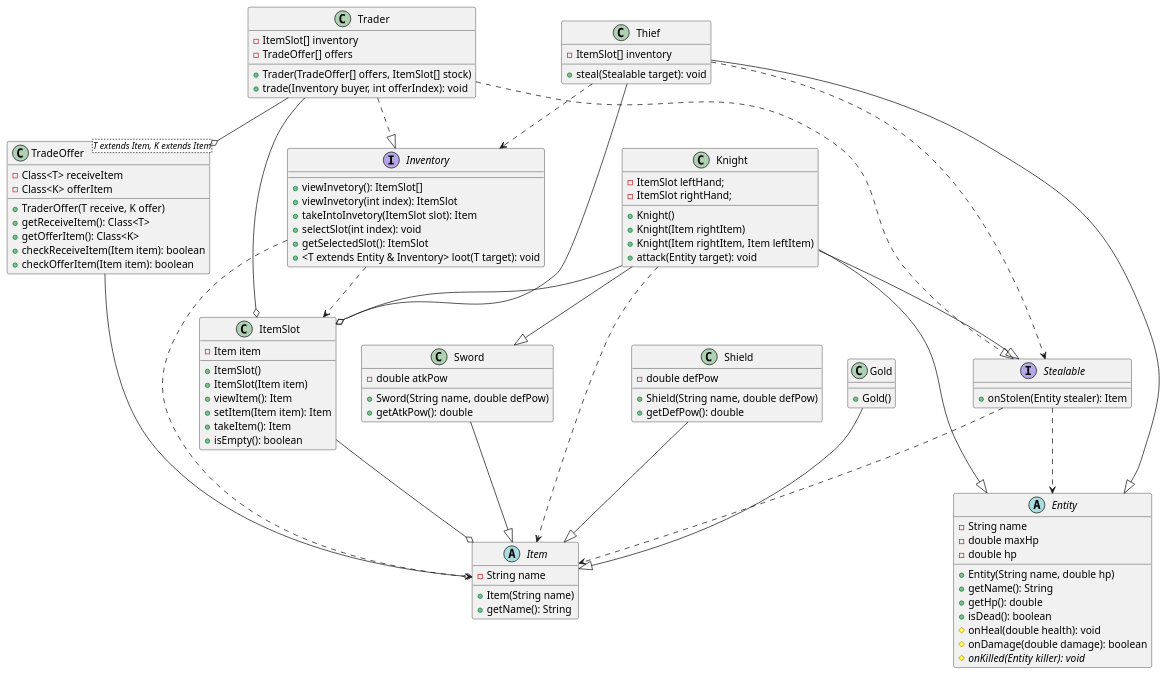
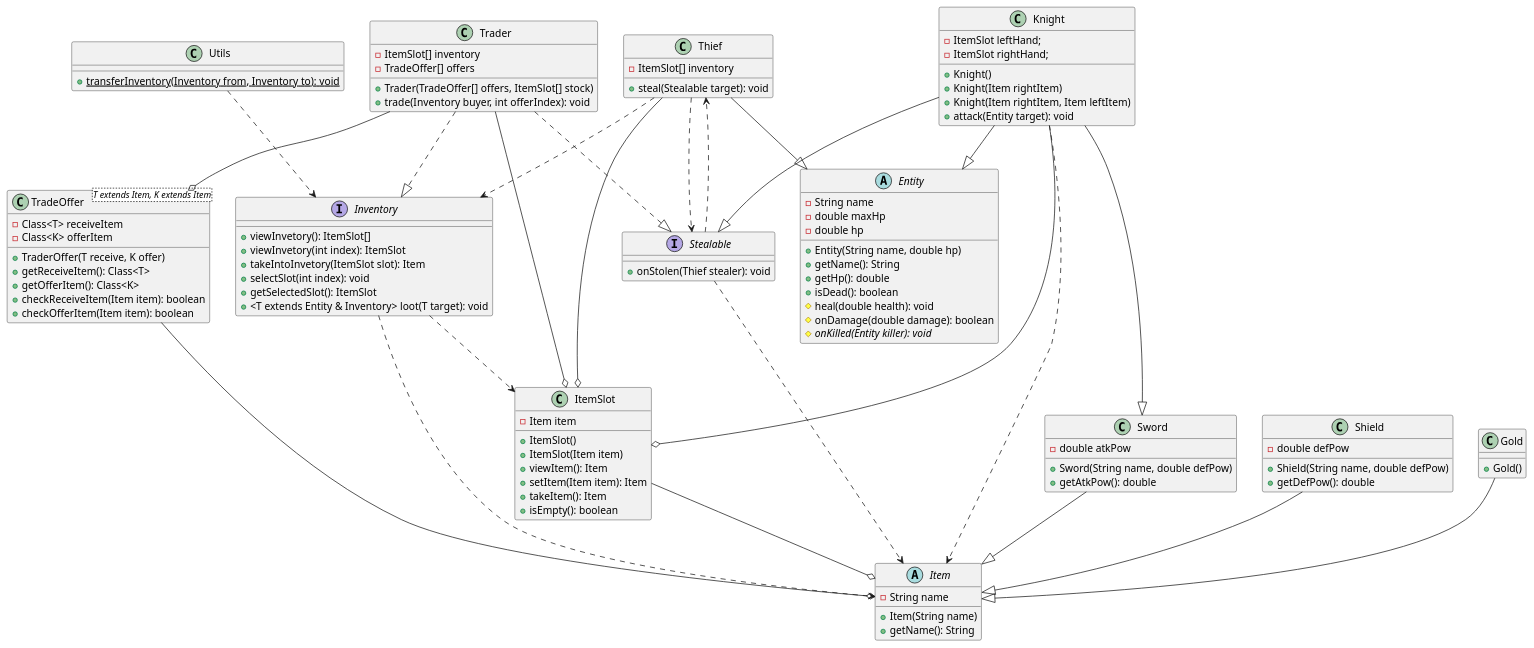
One commit to DrowningToast/OOPMidtermMockExam changed the diagram in UML.puml. Above: the diagram before and after it, drawn with PlantUML. The commit also changed 9 other files, not shown here.

```diff
--- a/UML.puml
+++ b/UML.puml
@@ -1,128 +1,134 @@
 @startuml
 'https://plantuml.com/class-diagram
 
 interface Inventory {
     + viewInvetory(): ItemSlot[]
     + viewInvetory(int index): ItemSlot
     + takeIntoInvetory(ItemSlot slot): Item
     + selectSlot(int index): void
     + getSelectedSlot(): ItemSlot
     + <T extends Entity & Inventory> loot(T target): void
 }
 
 Inventory ..> Item
 Inventory ..> ItemSlot
 
 interface Stealable {
-    + onStolen(Entity stealer): Item
+    + onStolen(Thief stealer): void
 }
 
 Stealable ..> Item
-Stealable ..> Entity
+Stealable ..> Thief
 
 
 abstract class Entity {
     - String name
     - double maxHp
     - double hp
     + Entity(String name, double hp)
     + getName(): String
     + getHp(): double
     + isDead(): boolean
-    # onHeal(double health): void
+    # heal(double health): void
     # onDamage(double damage): boolean
     # {abstract} onKilled(Entity killer): void
 }
 
 class Knight {
     - ItemSlot leftHand;
     - ItemSlot rightHand;
     + Knight()
     + Knight(Item rightItem)
     + Knight(Item rightItem, Item leftItem)
     + attack(Entity target): void
 }
 
 Knight --o ItemSlot
 Knight ..> Item
 
 Knight --|> Sword
 Knight --|> Entity
 Knight --|> Stealable
 
 class Thief {
     - ItemSlot[] inventory
     + steal(Stealable target): void
 }
 
 Thief --o ItemSlot
 Thief ..> Stealable
 Thief ..> Inventory
 
 Thief --|> Entity
 
 class Trader {
     - ItemSlot[] inventory
     - TradeOffer[] offers
     + Trader(TradeOffer[] offers, ItemSlot[] stock)
     + trade(Inventory buyer, int offerIndex): void
 }
 
 Trader --o ItemSlot
 Trader --o TradeOffer
 Trader ..|> Inventory
 Trader ..|> Stealable
 
 class TradeOffer<T extends Item, K extends Item> {
     - Class<T> receiveItem
     - Class<K> offerItem
     + TraderOffer(T receive, K offer)
     + getReceiveItem(): Class<T>
     + getOfferItem(): Class<K>
     + checkReceiveItem(Item item): boolean
     + checkOfferItem(Item item): boolean
 }
 
 abstract class Item {
     - String name
     + Item(String name)
     + getName(): String
 }
 
 class ItemSlot {
     - Item item
     + ItemSlot()
     + ItemSlot(Item item)
     + viewItem(): Item
     + setItem(Item item): Item
     + takeItem(): Item
     + isEmpty(): boolean
 }
 
 TradeOffer --o Item
 
 ItemSlot --o Item
 
 class Shield {
     - double defPow
     + Shield(String name, double defPow)
     + getDefPow(): double
 }
 
 Shield --|> Item
 
 class Gold {
     + Gold()
 }
 
 Gold --|> Item
 
 class Sword {
     - double atkPow
     + Sword(String name, double defPow)
     + getAtkPow(): double
 }
 
 Sword --|> Item
 
+class Utils {
+    + {static} transferInventory(Inventory from, Inventory to): void
+}
+
+Utils ..> Inventory
+
 @enduml
```
